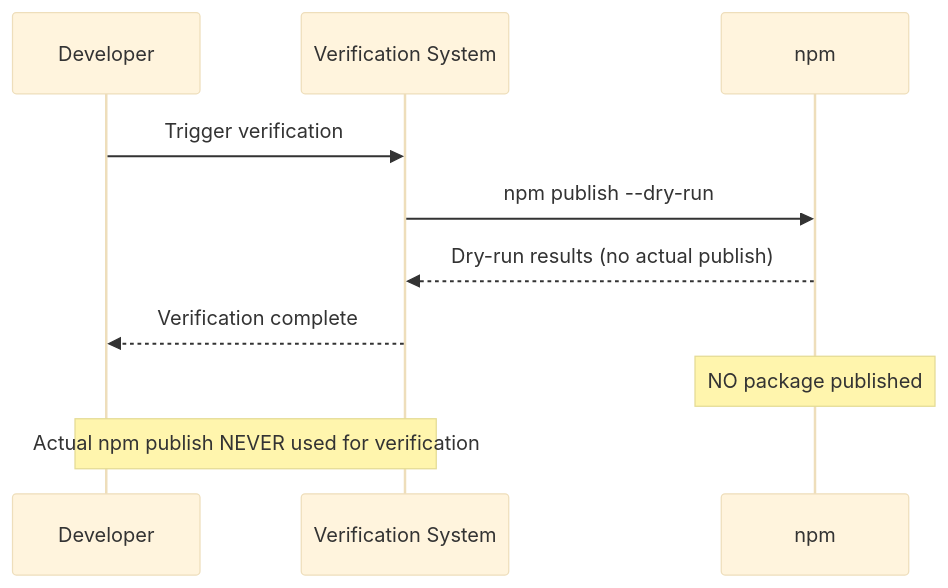
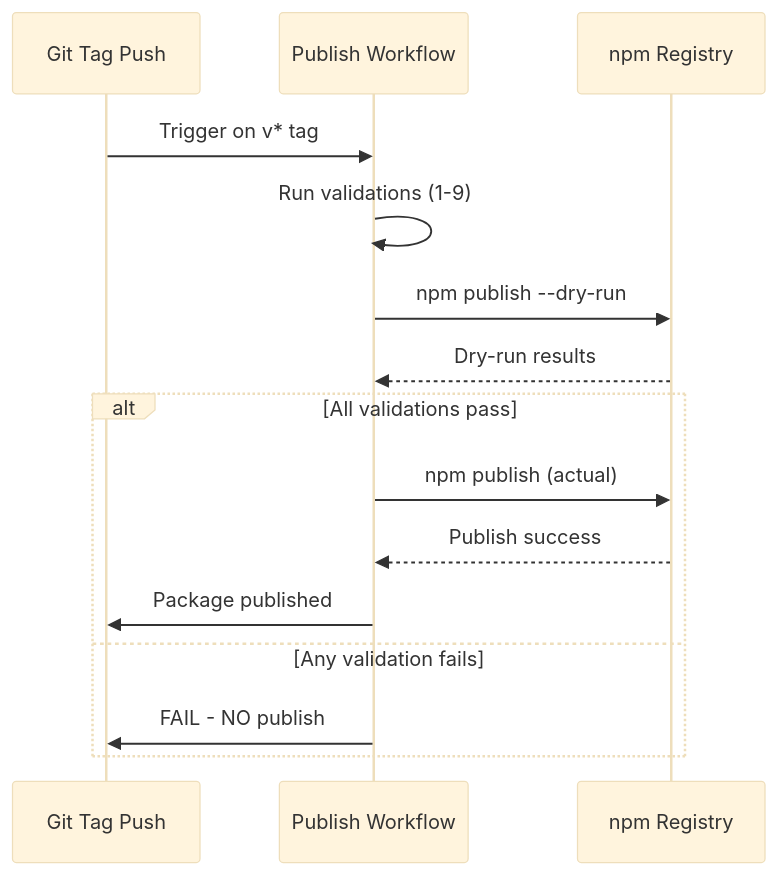
Diagram 12 of 13 in openspec/specs/infrastructure/spec.md (gjchentw/opfs-cloud-file), drawn with Mermaid (base theme) before and after one commit. The commit also changed other lines of this file, not shown here.

First line of the commit message:
sync(infra): sync delta specs from fix-infra-publish to main infrastructure spec

````diff
--- a/openspec/specs/infrastructure/spec.md
+++ b/openspec/specs/infrastructure/spec.md
@@ -602,14 +660,18 @@
 ```mermaid
 sequenceDiagram
-    participant Developer
-    participant Verifier as Verification System
-    participant npm
+    participant Tag as Git Tag Push
+    participant Workflow as Publish Workflow
+    participant npm as npm Registry
     
-    Developer->>Verifier: Trigger verification
-    Verifier->>npm: npm publish --dry-run
-    npm-->>Verifier: Dry-run results (no actual publish)
-    Verifier-->>Developer: Verification complete
-    
-    Note over npm: NO package published
-    Note over Developer,Verifier: Actual npm publish NEVER used for verification
+    Tag->>Workflow: Trigger on v* tag
+    Workflow->>Workflow: Run validations (1-9)
+    Workflow->>npm: npm publish --dry-run
+    npm-->>Workflow: Dry-run results
+    alt All validations pass
+        Workflow->>npm: npm publish (actual)
+        npm-->>Workflow: Publish success
+        Workflow->>Tag: Package published
+    else Any validation fails
+        Workflow->>Tag: FAIL - NO publish
+    end
 ```
````
